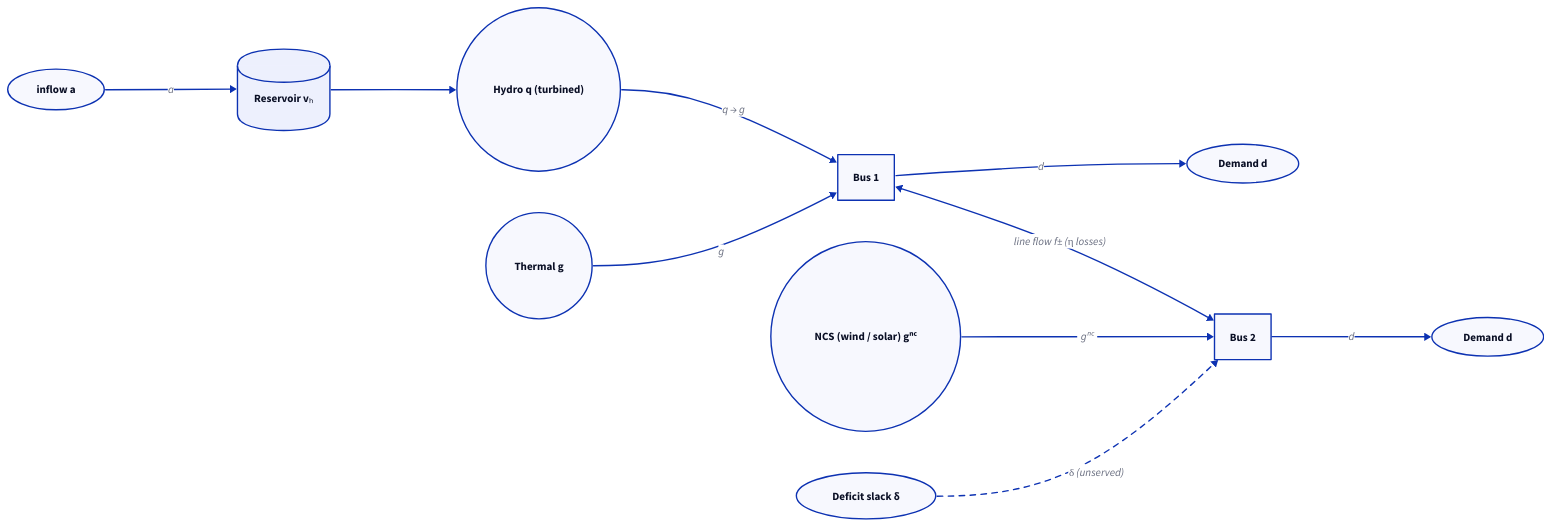
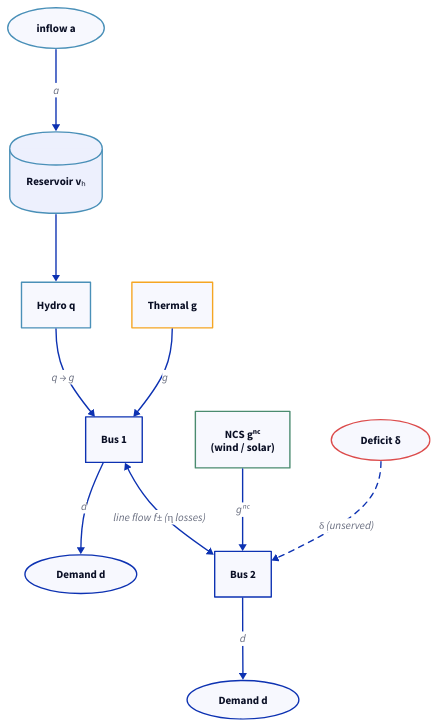
Before and after one commit to cobre-rs/cobre-docs: the diagram in src/content/docs/math/system-elements.mdx, drawn with D2. The commit also changed 16 other files, not shown here.

First line of the commit message:
feat(site): brand-unified d2 diagram system, wider layout, mermaid retired

````diff
--- a/src/content/docs/math/system-elements.mdx
+++ b/src/content/docs/math/system-elements.mdx
@@ -56,29 +56,36 @@
 ```d2
-direction: right
+direction: down
+
+classes: {
+  hydro: {style: {stroke: "#4a90b8"}}
+  thermal: {style: {stroke: "#f5a623"}}
+  ncs: {style: {stroke: "#4a8b6f"}}
+  deficit: {style: {stroke: "#dc4c4c"}}
+}
 
 bus1: "Bus 1" {shape: rectangle}
 bus2: "Bus 2" {shape: rectangle}
 
-inflow: "inflow a" {shape: oval}
-reservoir: "Reservoir vₕ" {shape: cylinder}
-hydro: "Hydro  q (turbined)" {shape: circle}
+inflow: "inflow a" {shape: oval; class: hydro}
+reservoir: "Reservoir vₕ" {shape: cylinder; class: hydro}
+gen_h: "Hydro q" {class: hydro}
 
-thermal: "Thermal  g" {shape: circle}
-ncs: "NCS (wind / solar)  gⁿᶜ" {shape: circle}
+gen_t: "Thermal g" {class: thermal}
+gen_v: "NCS gⁿᶜ\n(wind / solar)" {class: ncs}
 
 demand1: "Demand d" {shape: oval}
 demand2: "Demand d" {shape: oval}
-deficit: "Deficit slack δ" {shape: oval}
+shed: "Deficit δ" {shape: oval; class: deficit}
 
 inflow -> reservoir: "a"
-reservoir -> hydro
-hydro -> bus1: "q → g"
-thermal -> bus1: "g"
-ncs -> bus2: "gⁿᶜ"
+reservoir -> gen_h
+gen_h -> bus1: "q → g"
+gen_t -> bus1: "g"
+gen_v -> bus2: "gⁿᶜ"
 
 bus1 <-> bus2: "line flow  f±  (η losses)"
 
 bus1 -> demand1: "d"
 bus2 -> demand2: "d"
-deficit -> bus2: "δ (unserved)" {style.stroke-dash: 4}
+shed -> bus2: "δ (unserved)" {style.stroke-dash: 4}
 ```
````
